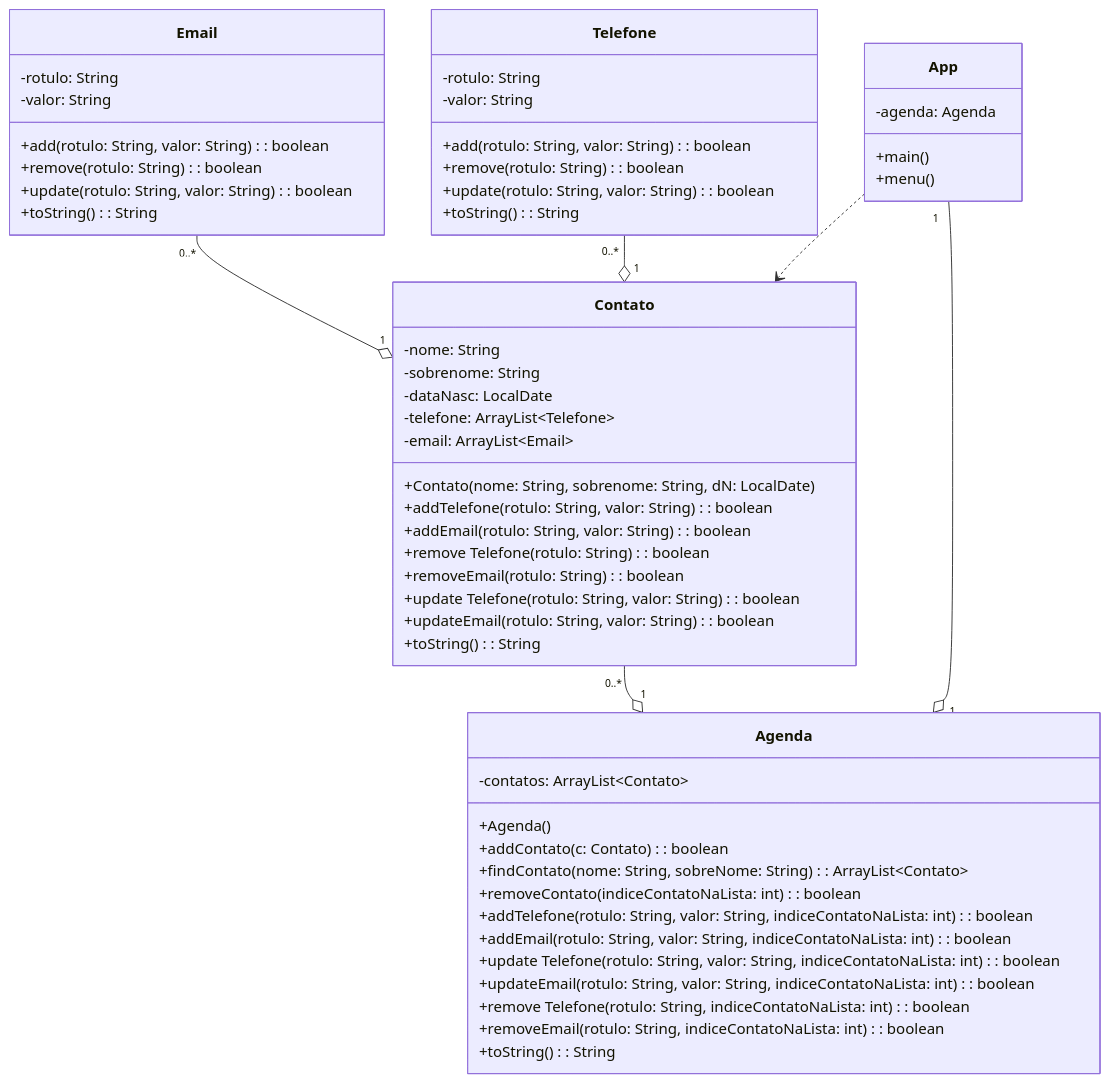
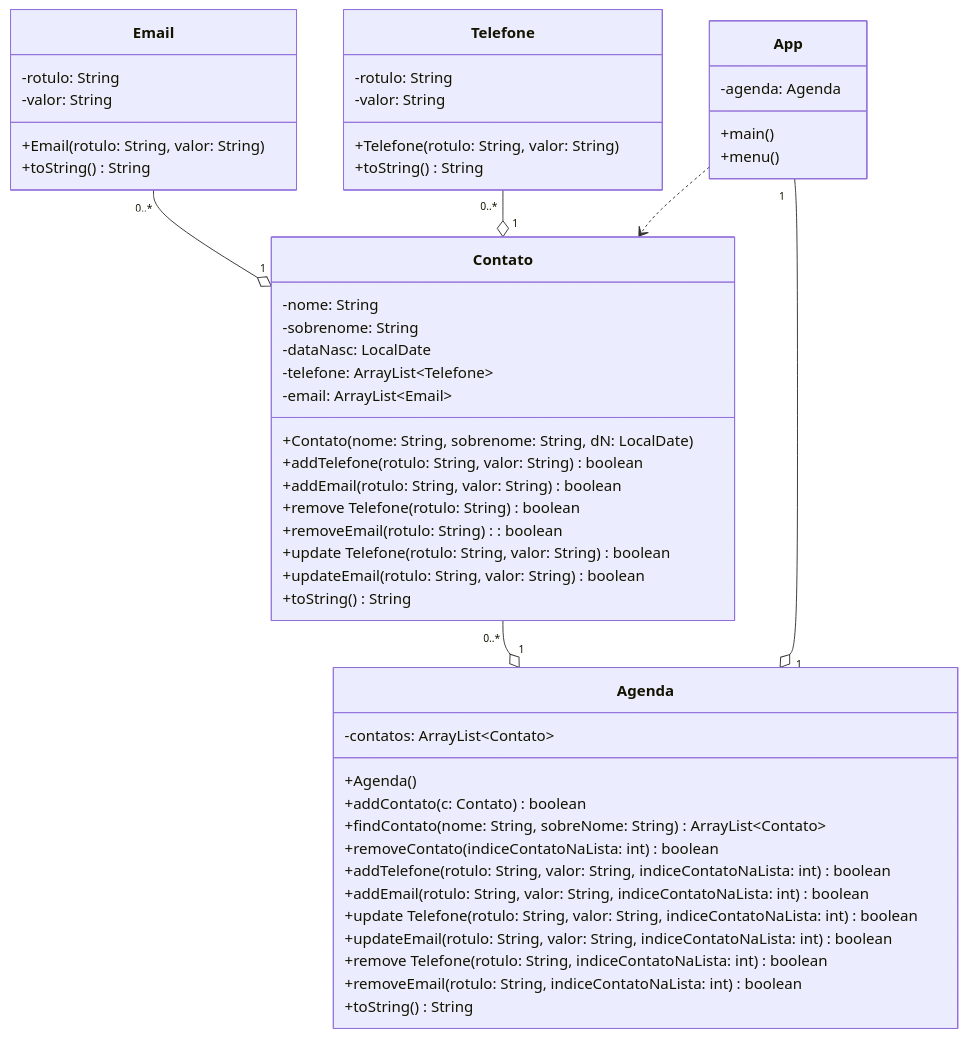
The diagram in aula_12/README.md (sfvini/POO), drawn with Mermaid before and after one commit.

Commit message:
correção UML

````diff
--- a/aula_12/README.md
+++ b/aula_12/README.md
@@ -3,66 +3,62 @@
 ```mermaid
 
 classDiagram 
     direction TB
     
     Contato"0..*"--o"1"Agenda
     Email"0..*"--o"1"Contato
     Telefone"0..*"--o"1"Contato
     App..>Contato
     App"1"--o"1"Agenda
 
     class App {
         -agenda: Agenda
         +main()
         +menu()
     }
 
     class Agenda {
         -contatos: ArrayList~Contato~
         +Agenda()
-        +addContato(c: Contato): boolean
-        +findContato (nome: String, sobreNome: String): ArrayList~Contato~ 
-        +removeContato (indiceContatoNaLista: int): boolean
-        +addTelefone(rotulo: String, valor: String, indiceContatoNaLista: int): boolean 
-        +addEmail(rotulo: String, valor: String, indiceContatoNaLista: int): boolean 
-        +update Telefone(rotulo: String, valor: String, indiceContatoNaLista: int): boolean 
-        +updateEmail(rotulo: String, valor: String, indiceContatoNaLista: int): boolean 
-        +remove Telefone (rotulo: String, indiceContatoNaLista: int): boolean 
-        +removeEmail(rotulo: String, indiceContatoNaLista: int): boolean
-        +toString(): String
+        +addContato(c: Contato) boolean
+        +findContato (nome: String, sobreNome: String) ArrayList~Contato~ 
+        +removeContato (indiceContatoNaLista: int) boolean
+        +addTelefone(rotulo: String, valor: String, indiceContatoNaLista: int) boolean 
+        +addEmail(rotulo: String, valor: String, indiceContatoNaLista: int) boolean 
+        +update Telefone(rotulo: String, valor: String, indiceContatoNaLista: int) boolean 
+        +updateEmail(rotulo: String, valor: String, indiceContatoNaLista: int) boolean 
+        +remove Telefone (rotulo: String, indiceContatoNaLista: int) boolean 
+        +removeEmail(rotulo: String, indiceContatoNaLista: int) boolean
+        +toString() String
     }
     
     class Contato {
         -nome: String 
         -sobrenome: String
         -dataNasc: LocalDate
         -telefone: ArrayList~Telefone~
         -email: ArrayList~Email~
         +Contato(nome: String, sobrenome: String, dN: LocalDate) 
-        +addTelefone(rotulo: String, valor: String): boolean 
-        +addEmail(rotulo: String, valor: String): boolean 
-        +remove Telefone(rotulo: String): boolean 
+        +addTelefone(rotulo: String, valor: String) boolean 
+        +addEmail(rotulo: String, valor: String) boolean 
+        +remove Telefone(rotulo: String) boolean 
         +removeEmail(rotulo: String): boolean
-        +update Telefone(rotulo: String, valor: String): boolean 
-        +updateEmail(rotulo: String, valor: String): boolean
-        +toString(): String
+        +update Telefone(rotulo: String, valor: String) boolean 
+        +updateEmail(rotulo: String, valor: String) boolean
+        +toString() String
     }
     
     class Email {
         -rotulo: String
         -valor: String
-        +add(rotulo: String, valor: String): boolean 
-        +remove(rotulo: String): boolean
-        +update(rotulo: String, valor: String): boolean 
-        +toString(): String
+        +Email(rotulo: String, valor: String)
+        +toString() String
     }
     
     class Telefone {
         -rotulo: String
         -valor: String
-        +add(rotulo: String, valor: String): boolean
-        +remove(rotulo: String): boolean
-        +update(rotulo: String, valor: String): boolean
-        +toString(): String
+        +Telefone(rotulo: String, valor: String)
+        +toString() String
     }
 ```
````
